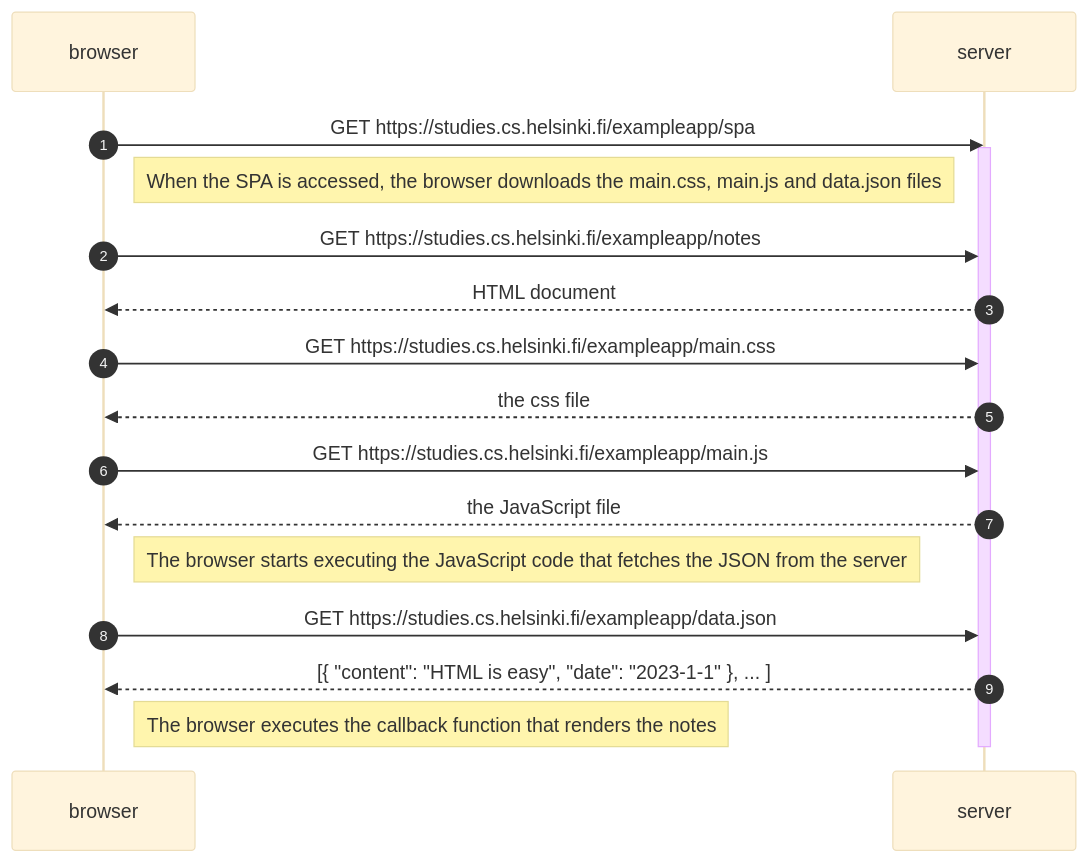
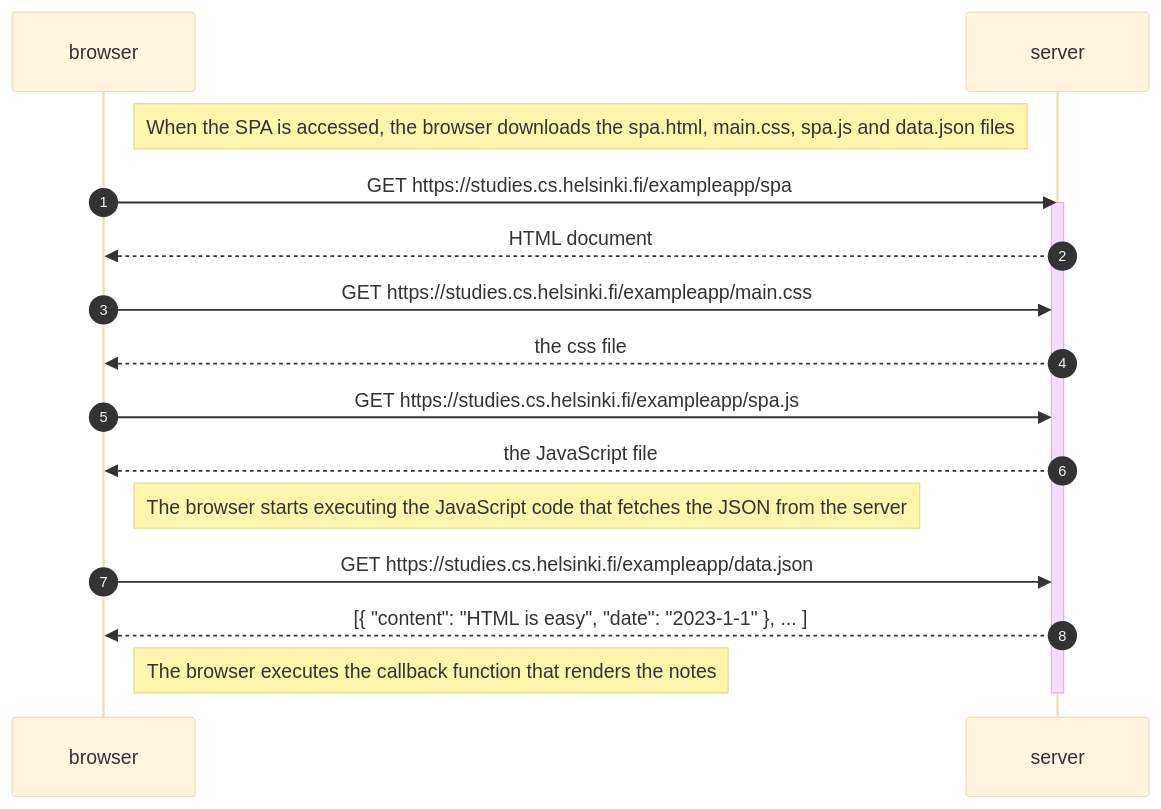
One commit to shyllenno/Full-Stack-Open-by-University-of-Helsinki changed the diagram in part0/0.5: Single page app diagram.md. Above: the diagram before and after it, drawn with Mermaid (base theme). The commit also changed other lines of this file, not shown here.

Commit message:
Update 0.5: Single page app diagram.md

`````diff
--- a/part0/0.5: Single page app diagram.md
+++ b/part0/0.5: Single page app diagram.md
@@ -3,28 +3,26 @@
 ````mermaid
 sequenceDiagram
 autonumber
     participant browser
     participant server
 
+    Note right of browser: When the SPA is accessed, the browser downloads the spa.html, main.css, spa.js and data.json files
+
     browser->>server: GET https://studies.cs.helsinki.fi/exampleapp/spa
     activate server
-
-    Note right of browser: When the SPA is accessed, the browser downloads the main.css, main.js and data.json files
-
-    browser->> server: GET https://studies.cs.helsinki.fi/exampleapp/notes
     server-->>browser: HTML document
     browser->>server: GET https://studies.cs.helsinki.fi/exampleapp/main.css
     server-->>browser: the css file
-    browser->>server: GET https://studies.cs.helsinki.fi/exampleapp/main.js
+    browser->>server: GET https://studies.cs.helsinki.fi/exampleapp/spa.js
     server-->>browser: the JavaScript file
 
     Note right of browser: The browser starts executing the JavaScript code that fetches the JSON from the server
     
     browser->>server: GET https://studies.cs.helsinki.fi/exampleapp/data.json 
     server-->>browser: [{ "content": "HTML is easy", "date": "2023-1-1" }, ... ]
     
 
     Note right of browser: The browser executes the callback function that renders the notes    
     deactivate server
     
    ````
`````
